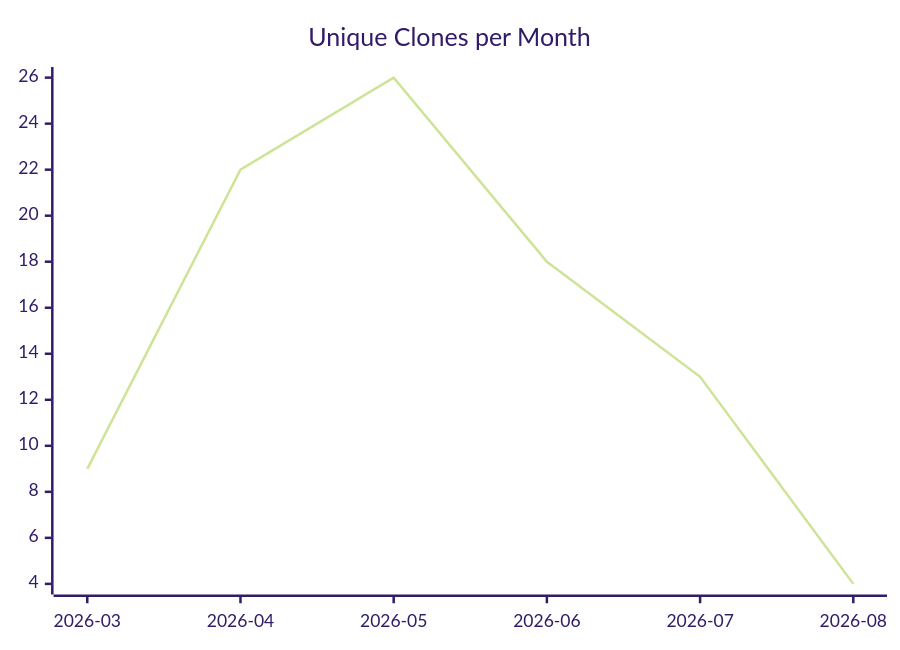
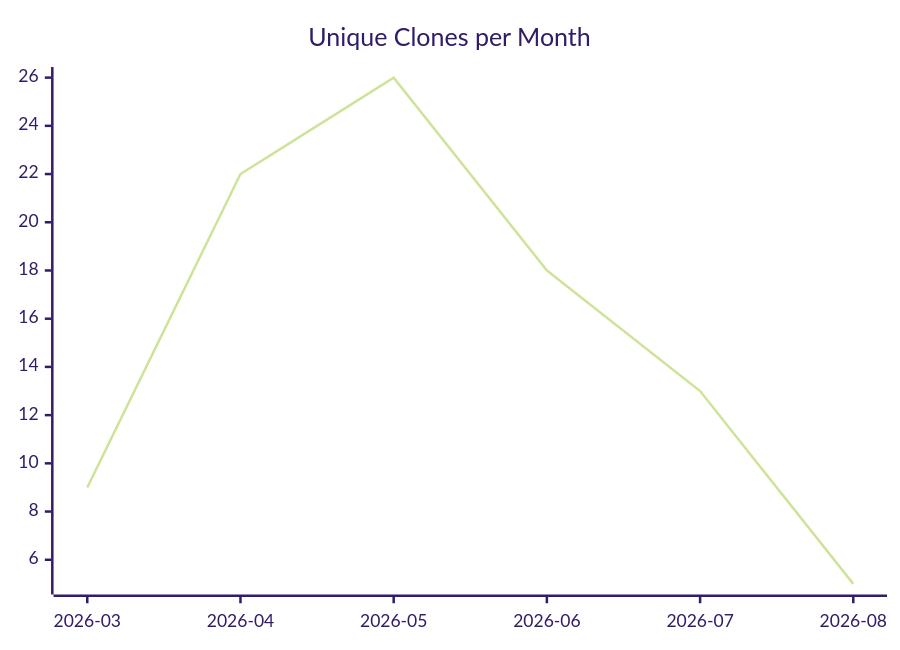
One commit to justdavis-family/github-analytics-data changed the third of 3 diagrams in karlmdavis/lego-ev3dev-rs/README.md. Above: the diagram before and after it, drawn with Mermaid (forest theme). The commit also changed other lines of this file and 176 other files, not shown here.

````diff
--- a/karlmdavis/lego-ev3dev-rs/README.md
+++ b/karlmdavis/lego-ev3dev-rs/README.md
@@ -19,6 +19,6 @@
 ```mermaid
 xychart-beta
   title "Unique Clones per Month"
   x-axis ["2026-03", "2026-04", "2026-05", "2026-06", "2026-07", "2026-08"]
-  line [9, 22, 26, 18, 13, 4]
+  line [9, 22, 26, 18, 13, 5]
 ```
````
